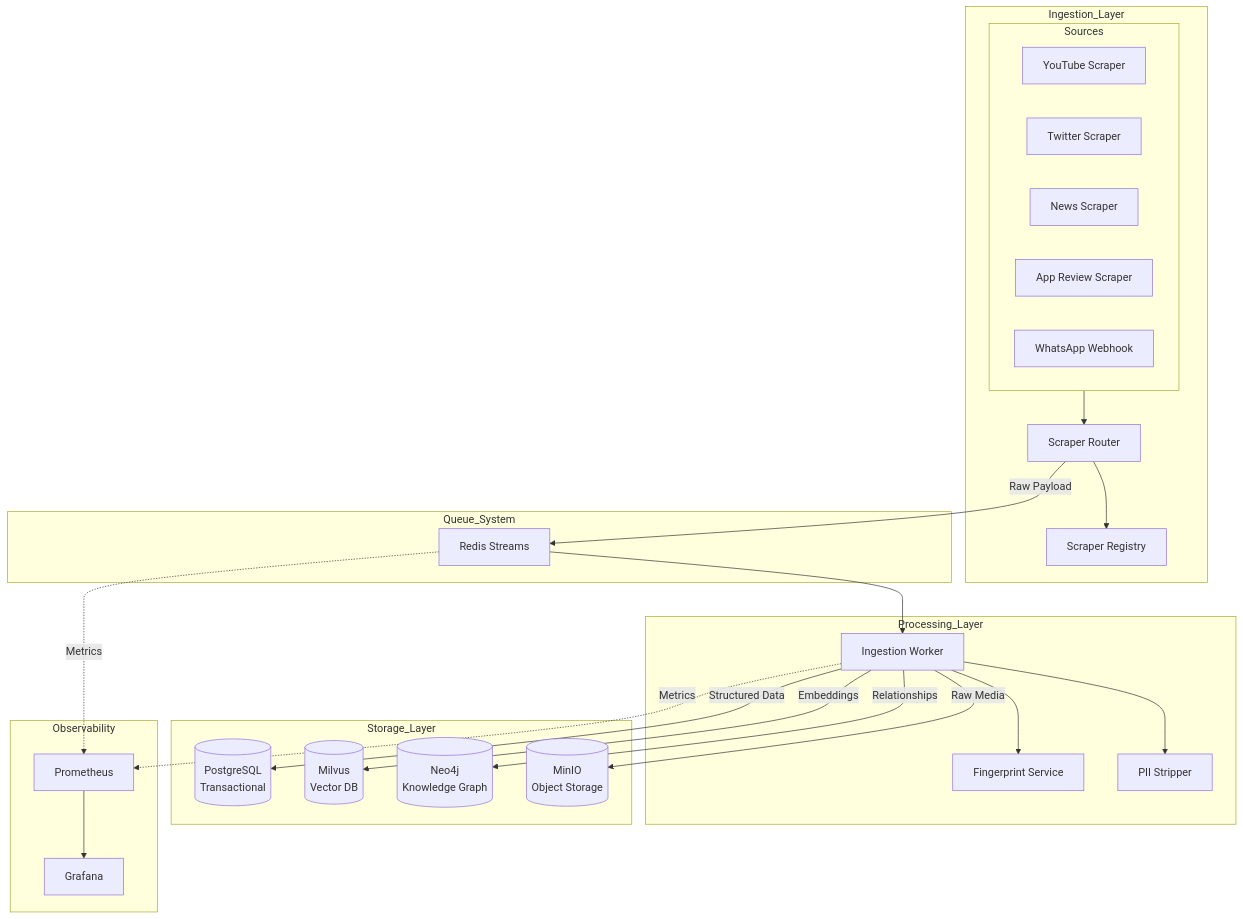
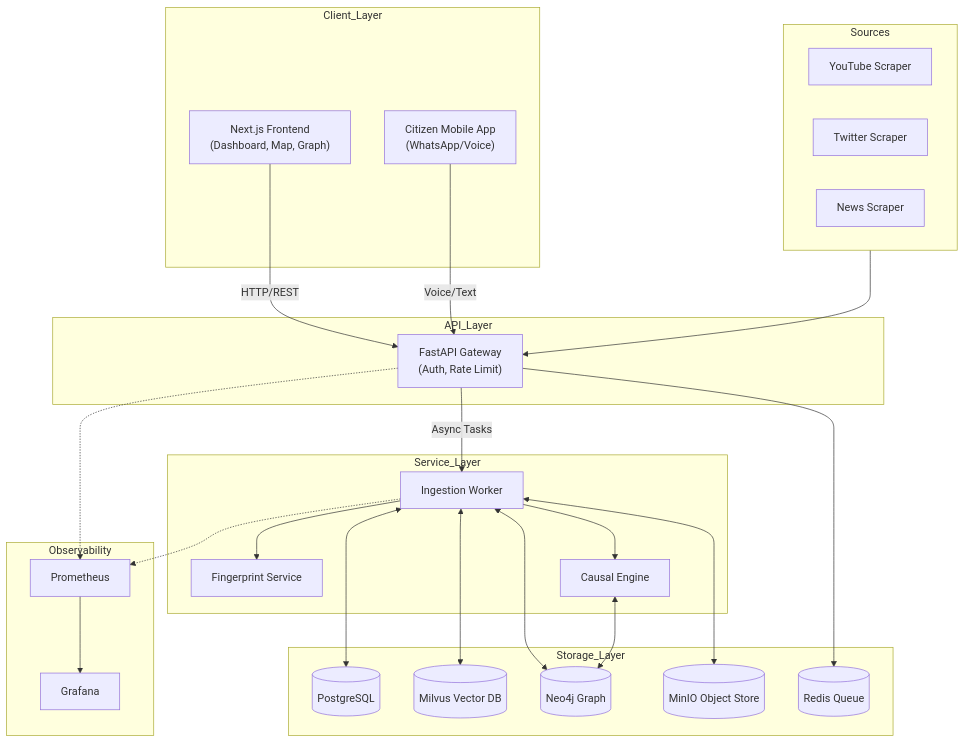
One commit to nidhishmg/DRISHTI-AI changed the diagram in architecture.mmd. Above: the diagram before and after it, drawn with Mermaid. The commit also changed 10 other files, not shown here.

```diff
--- a/architecture.mmd
+++ b/architecture.mmd
@@ -1,49 +1,51 @@
 flowchart TD
+    subgraph Client_Layer
+        Web["Next.js Frontend\n(Dashboard, Map, Graph)"]
+        Mobile["Citizen Mobile App\n(WhatsApp/Voice)"]
+    end
+    
+    subgraph API_Layer
+        Gateway["FastAPI Gateway\n(Auth, Rate Limit)"]
+        Web -->|HTTP/REST| Gateway
+        Mobile -->|Voice/Text| Gateway
+    end
+
     subgraph Sources
         YT[YouTube Scraper]
         TW[Twitter Scraper]
         News[News Scraper]
-        App[App Review Scraper]
-        WA[WhatsApp Webhook]
     end
+    Sources --> Gateway
 
-    subgraph Ingestion_Layer
-        Router[Scraper Router]
-        Registry[Scraper Registry]
-        Sources --> Router
-        Router --> Registry
-    end
-
-    subgraph Queue_System
-        Redis[Redis Streams]
-        Router -->|Raw Payload| Redis
-    end
-
-    subgraph Processing_Layer
+    subgraph Service_Layer
         Worker[Ingestion Worker]
         Dedup[Fingerprint Service]
-        PII[PII Stripper]
-        Redis --> Worker
-        Worker --> PII
-        Worker --> Dedup
+        Causal[Causal Engine]
     end
+    
+    Gateway -->|Async Tasks| Worker
+    Worker --> Dedup
+    Worker --> Causal
 
     subgraph Storage_Layer
-        PG[(PostgreSQL\nTransactional)]
-        Milvus[(Milvus\nVector DB)]
-        Neo4j[(Neo4j\nKnowledge Graph)]
-        MinIO[(MinIO\nObject Storage)]
-        
-        Worker -->|Structured Data| PG
-        Worker -->|Embeddings| Milvus
-        Worker -->|Relationships| Neo4j
-        Worker -->|Raw Media| MinIO
+        PG[(PostgreSQL)]
+        Milvus[(Milvus Vector DB)]
+        Neo4j[(Neo4j Graph)]
+        MinIO[(MinIO Object Store)]
+        Redis[(Redis Queue)]
     end
+    
+    Gateway --> Redis
+    Worker <--> PG
+    Worker <--> Milvus
+    Worker <--> Neo4j
+    Worker <--> MinIO
+    Causal <--> Neo4j
 
     subgraph Observability
         Prom[Prometheus]
         Graf[Grafana]
-        Worker -.->|Metrics| Prom
-        Redis -.->|Metrics| Prom
         Prom --> Graf
+        Worker -.-> Prom
+        Gateway -.-> Prom
     end
```
